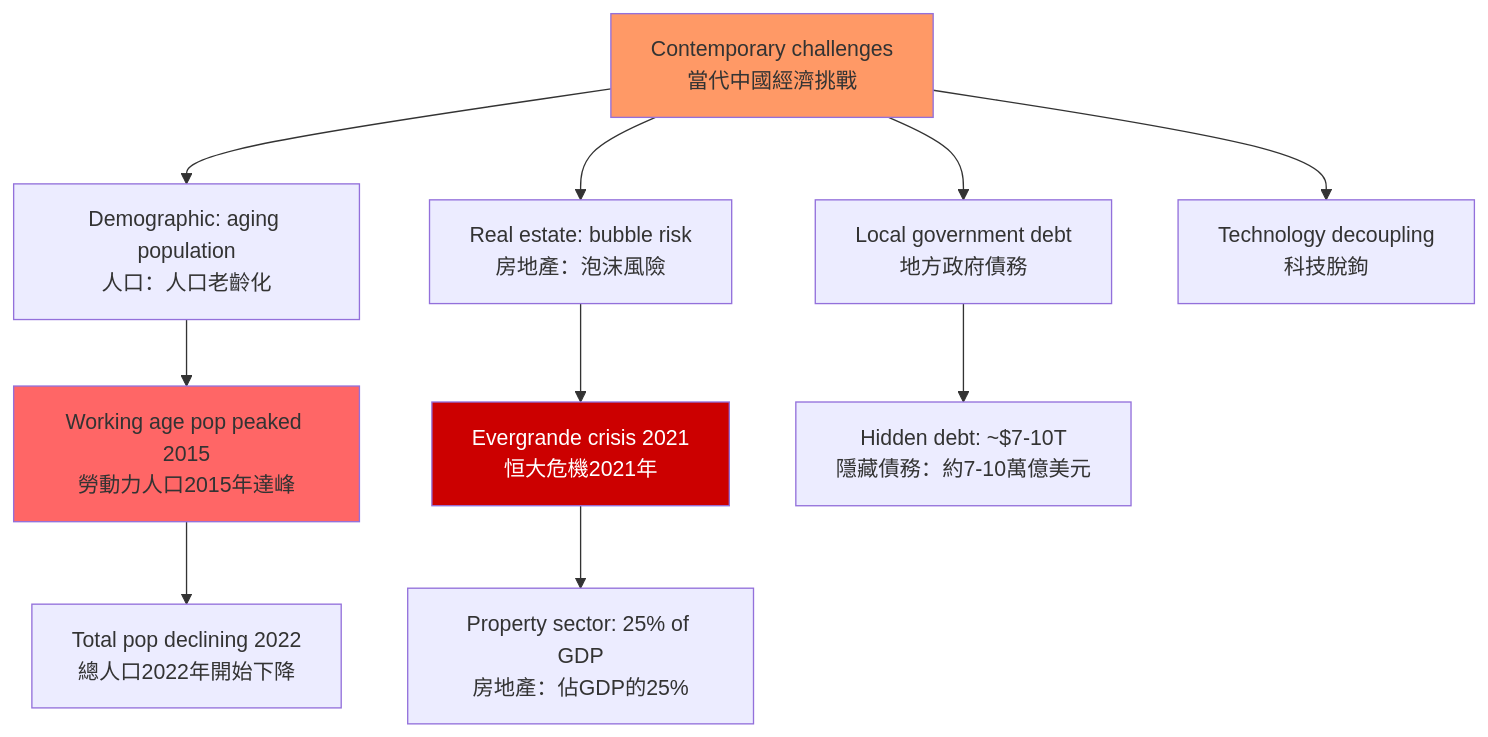
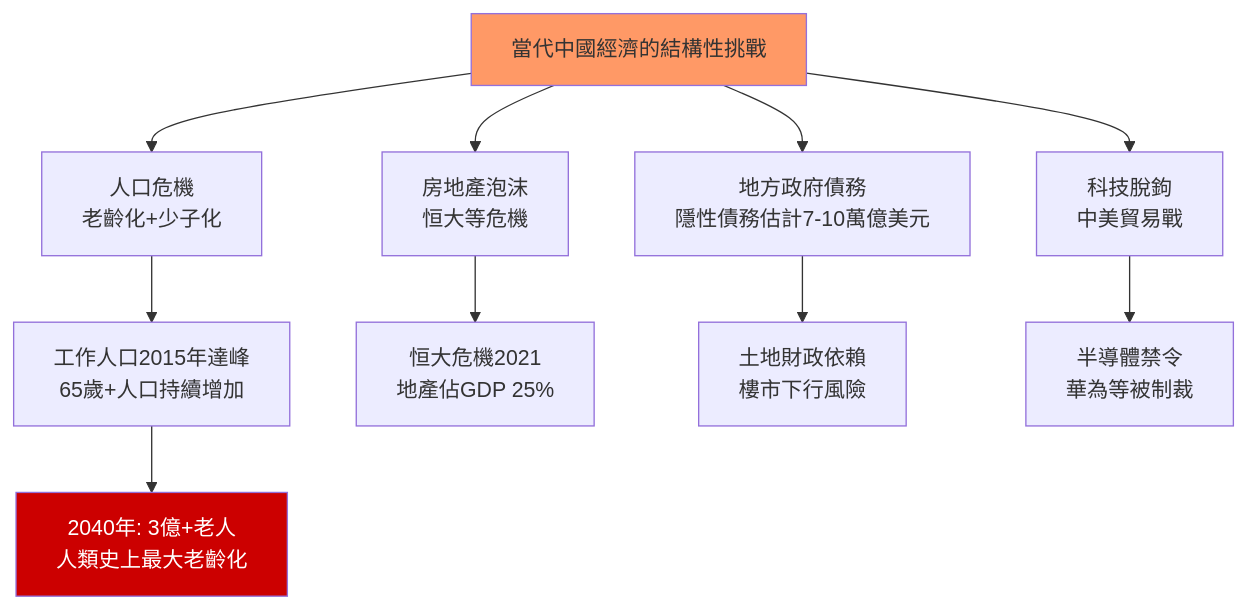
Before and after one commit to yip-lgtm/HKU-Harvard-History-Self-Study: the fifth of 10 diagrams in 01_HKU_Courses/HIST2177_Economic_History_Modern_China.md, drawn with Mermaid. The commit also changed other lines of this file and 22 other files, not shown here.

````diff
--- a/01_HKU_Courses/HIST2177_Economic_History_Modern_China.md
+++ b/01_HKU_Courses/HIST2177_Economic_History_Modern_China.md
@@ -164,19 +371,19 @@
 ```mermaid
 graph TD
-    A[Contemporary challenges<br/>當代中國經濟挑戰] --> B[Demographic: aging population<br/>人口：人口老齡化]
-    A --> C[Real estate: bubble risk<br/>房地產：泡沫風險]
-    A --> D[Local government debt<br/>地方政府債務]
-    A --> E[Technology decoupling<br/>科技脫鉤]
+    A[當代中國經濟的結構性挑戰] --> B[人口危機<br/>老齡化+少子化]
+    A --> C[房地產泡沫<br/>恒大等危機]
+    A --> D[地方政府債務<br/>隱性債務估計7-10萬億美元]
+    A --> E[科技脫鉤<br/>中美貿易戰]
     
-    B --> B1[Working age pop peaked 2015<br/>勞動力人口2015年達峰]
-    B1 --> B2[Total pop declining 2022<br/>總人口2022年開始下降]
+    B --> B1[工作人口2015年達峰<br/>65歲+人口持續增加]
+    B1 --> B2[2040年: 3億+老人<br/>人類史上最大老齡化]
     
-    C --> C1[Evergrande crisis 2021<br/>恒大危機2021年]
-    C1 --> C2[Property sector: 25% of GDP<br/>房地產：佔GDP的25%]
+    C --> C1[恒大危機2021<br/>地產佔GDP 25%]
     
-    D --> D1[Hidden debt: ~$7-10T<br/>隱藏債務：約7-10萬億美元]
+    D --> D1[土地財政依賴<br/>樓市下行風險]
+    
+    E --> E1[半導體禁令<br/>華為等被制裁]
     
     style A fill:#f96
-    style B1 fill:#f66
-    style C1 fill:#c00,color:#fff
+    style B2 fill:#c00,color:#fff
 ```
````
